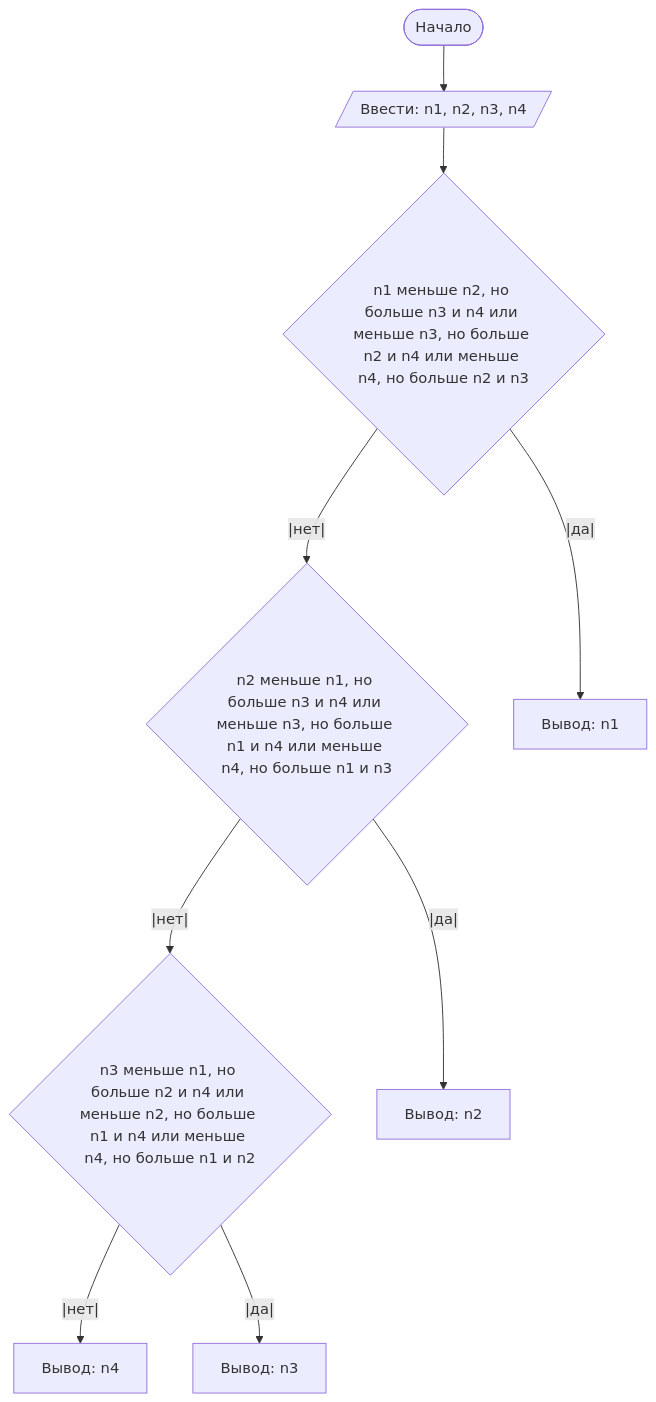
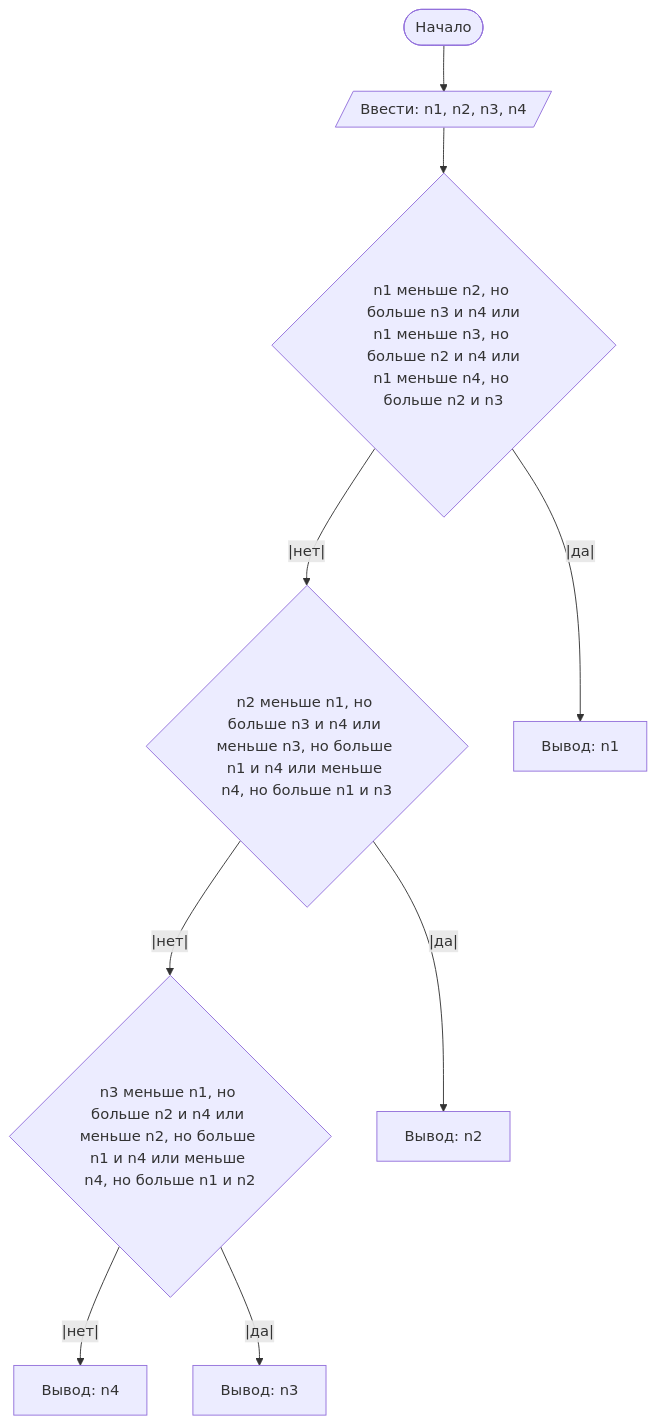
The diagram in README.md (Roman-Samoilenko/Lab1), drawn with Mermaid before and after one commit.

````diff
--- a/README.md
+++ b/README.md
@@ -49,11 +49,13 @@
 ```mermaid
 graph TD
     A([Начало]) --> B[/Ввести: n1, n2, n3, n4/]
-    B --> C{n1 меньше n2, но больше n3 и n4 или меньше n3, но больше n2 и n4 или меньше n4, но больше n2 и n3}
+    B --> C{n1 меньше n2, но больше n3 и n4 или
+n1 меньше n3, но больше n2 и n4 или
+n1 меньше n4, но больше n2 и n3}
     C --|нет|--> D{n2 меньше n1, но больше n3 и n4 или меньше n3, но больше n1 и n4 или меньше n4, но больше n1 и n3}
     C --|да|--> CC[Вывод: n1]
     D --|нет|--> E{n3 меньше n1, но больше n2 и n4 или меньше n2, но больше n1 и n4 или меньше n4, но больше n1 и n2}
     D --|да|--> DD[Вывод: n2]
     E --|нет|--> F[Вывод: n4]
     E --|да|--> FF[Вывод: n3]
 ```
````
